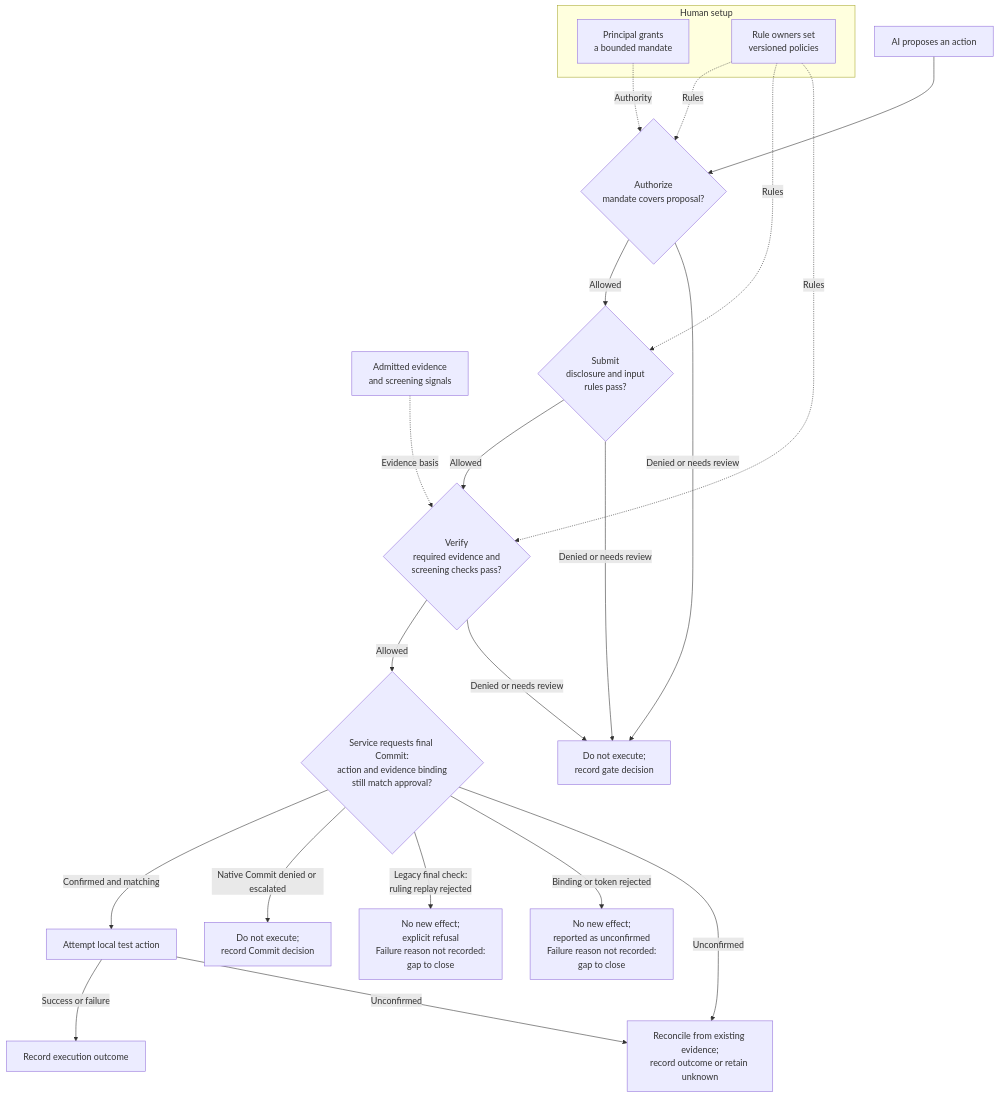
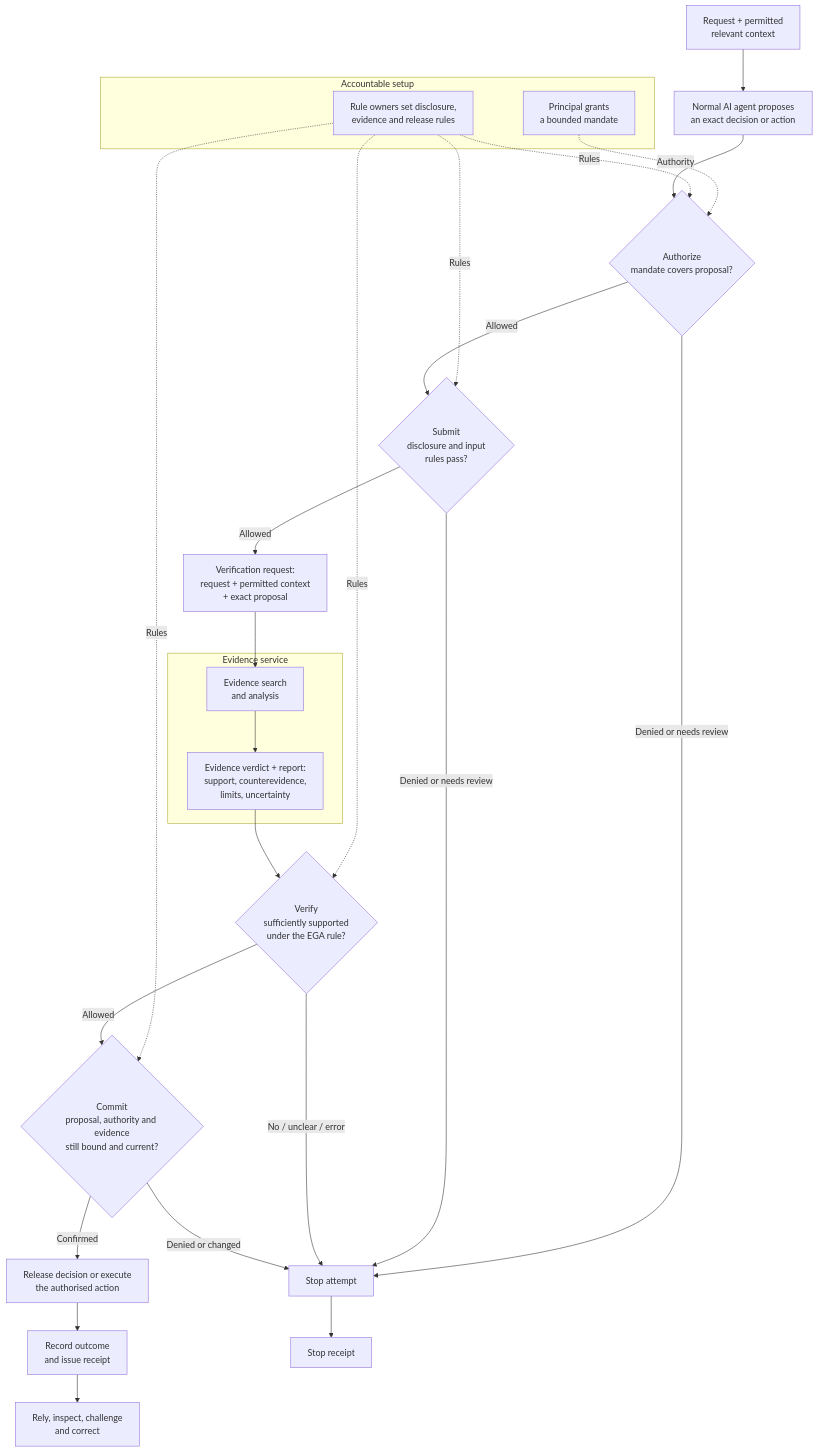
Before and after one commit to robertschaub/our-ai-charter: the first of 2 diagrams in docs/Assurance/Concepts/evidence-gated-agents.md, drawn with Mermaid. The commit also changed other lines of this file, not shown here.

Commit message:
docs(ega): show evidence service stages in diagrams

````diff
--- a/docs/Assurance/Concepts/evidence-gated-agents.md
+++ b/docs/Assurance/Concepts/evidence-gated-agents.md
@@ -58,27 +56,30 @@
 ```mermaid
 flowchart TD
-    subgraph I["Human setup"]
+    subgraph I["Accountable setup"]
         M["Principal grants<br/>a bounded mandate"]
-        P["Rule owners set<br/>versioned policies"]
+        P["Rule owners set disclosure,<br/>evidence and release rules"]
     end
-    E["Admitted evidence<br/>and screening signals"]
     M -. Authority .-> AU
     P -. Rules .-> AU
     P -. Rules .-> SU
     P -. Rules .-> V
-    E -. Evidence basis .-> V
-    A["AI proposes an action"] --> AU{"Authorize<br/>mandate covers proposal?"}
+    P -. Rules .-> C
+    U["Request + permitted<br/>relevant context"] --> A["Normal AI agent proposes<br/>an exact decision or action"]
+    A --> AU{"Authorize<br/>mandate covers proposal?"}
     AU -->|Allowed| SU{"Submit<br/>disclosure and input<br/>rules pass?"}
-    SU -->|Allowed| V{"Verify<br/>required evidence and<br/>screening checks pass?"}
-    V -->|Allowed| S{"Service requests final Commit:<br/>action and evidence binding<br/>still match approval?"}
-    S -->|Confirmed and matching| O["Attempt local test action"]
-    AU -->|Denied or needs review| N["Do not execute;<br/>record gate decision"]
+    SU -->|Allowed| Q["Verification request:<br/>request + permitted context<br/>+ exact proposal"]
+    subgraph ES["Evidence service"]
+        SEA["Evidence search<br/>and analysis"] --> VR["Evidence verdict + report:<br/>support, counterevidence,<br/>limits, uncertainty"]
+    end
+    Q --> SEA
+    VR --> V{"Verify<br/>sufficiently supported<br/>under the EGA rule?"}
+    V -->|Allowed| C{"Commit<br/>proposal, authority and evidence<br/>still bound and current?"}
+    C -->|Confirmed| O["Release decision or execute<br/>the authorised action"]
+    O --> R["Record outcome<br/>and issue receipt"]
+    R --> Y["Rely, inspect, challenge<br/>and correct"]
+    AU -->|Denied or needs review| N["Stop attempt"]
     SU -->|Denied or needs review| N
-    V -->|Denied or needs review| N
-    S -->|Native Commit denied or escalated| C["Do not execute;<br/>record Commit decision"]
-    S -->|Legacy final check:<br/>ruling replay rejected| RP["No new effect;<br/>explicit refusal<br/>Failure reason not recorded:<br/>gap to close"]
-    S -->|Binding or token rejected| X["No new effect;<br/>reported as unconfirmed<br/>Failure reason not recorded:<br/>gap to close"]
-    O -->|Success or failure| R["Record execution outcome"]
-    O -->|Unconfirmed| U["Reconcile from existing evidence;<br/>record outcome or retain unknown"]
-    S -->|Unconfirmed| U
+    V -->|No / unclear / error| N
+    C -->|Denied or changed| N
+    N --> NR["Stop receipt"]
 ```
````
